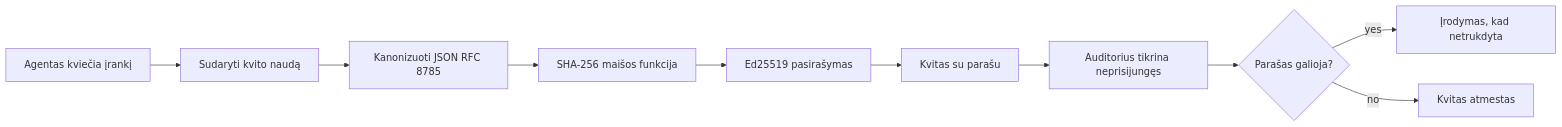
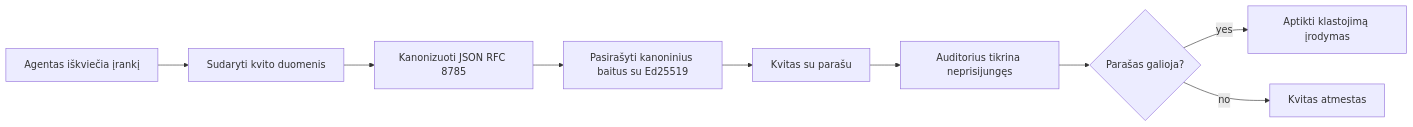
The first of 2 diagrams in mirrors/repos/microsoft@ai-agents-for-beginners/translations/lt/18-securing-ai-agents/README.md (gabrielmoreira/agent-skills-mirror), drawn with Mermaid before and after one commit. The commit also changed other lines of this file and 4262 other files, not shown here.

````diff
--- a/mirrors/repos/microsoft@ai-agents-for-beginners/translations/lt/18-securing-ai-agents/README.md
+++ b/mirrors/repos/microsoft@ai-agents-for-beginners/translations/lt/18-securing-ai-agents/README.md
@@ -51,12 +51,11 @@
 ```mermaid
 flowchart LR
-    A[Agentas kviečia įrankį] --> B[Sudaryti kvito naudą]
+    A[Agentas iškviečia įrankį] --> B[Sudaryti kvito duomenis]
     B --> C[Kanonizuoti JSON RFC 8785]
-    C --> D[SHA-256 maišos funkcija]
-    D --> E[Ed25519 pasirašymas]
+    C --> E[Pasirašyti kanoninius baitus su Ed25519]
     E --> F[Kvitas su parašu]
     F --> G[Auditorius tikrina neprisijungęs]
     G --> H{Parašas galioja?}
-    H -- yes --> I[Įrodymas, kad netrukdyta]
+    H -- yes --> I[Aptikti klastojimą įrodymas]
     H -- no --> J[Kvitas atmestas]
 ```
````
